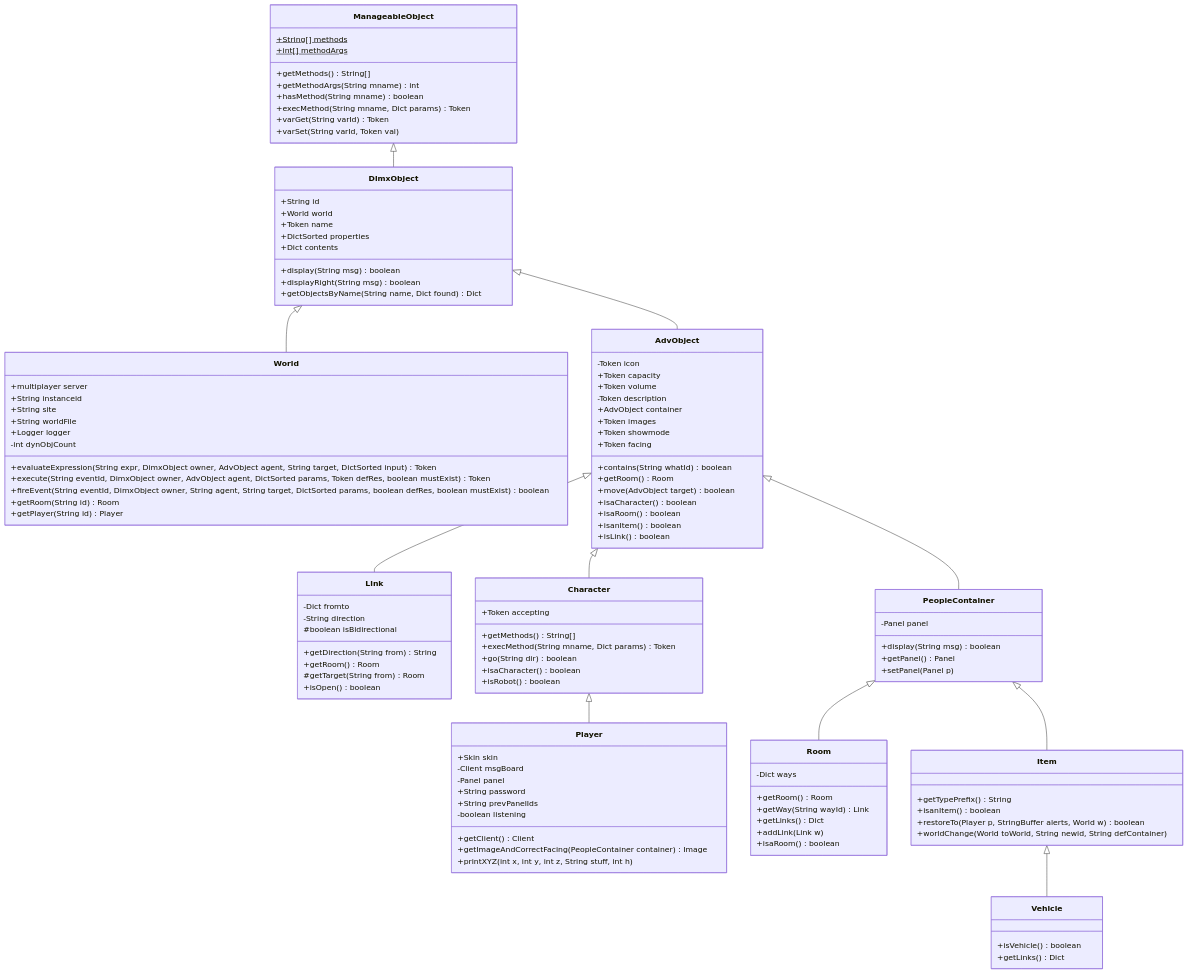
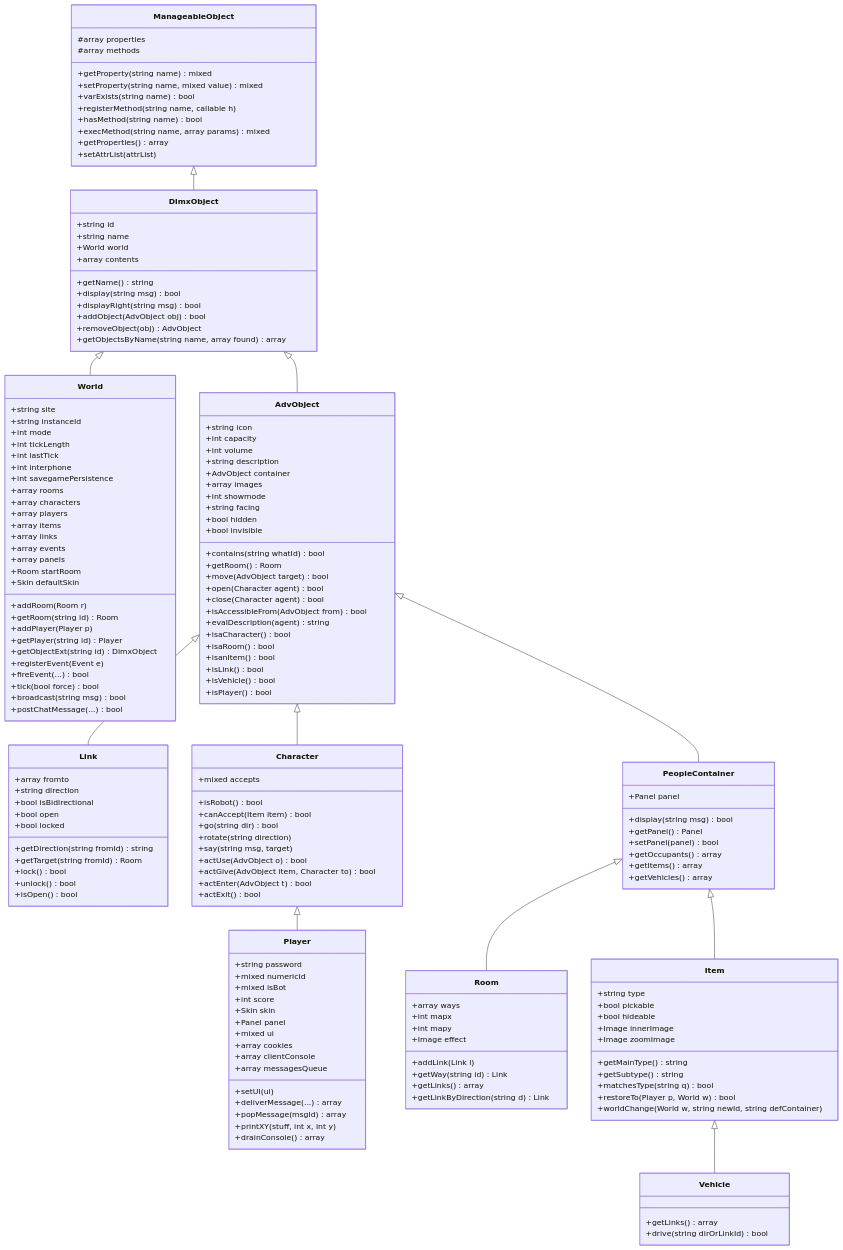
One commit to cleoni/dimya changed the fourth of 5 diagrams in docs/CLASS_HIERARCHY.md. Above: the diagram before and after it, drawn with Mermaid. The commit also changed other lines of this file and 3 other files, not shown here.

```diff
--- a/docs/CLASS_HIERARCHY.md
+++ b/docs/CLASS_HIERARCHY.md
@@ -221,116 +183,167 @@
     direction TB
 
     class ManageableObject {
-        +String[] methods$
-        +int[] methodArgs$
-        +getMethods() String[]
-        +getMethodArgs(String mname) int
-        +hasMethod(String mname) boolean
-        +execMethod(String mname, Dict params) Token
-        +varGet(String varId) Token
-        +varSet(String varId, Token val)
+        #array properties
+        #array methods
+        +getProperty(string name) mixed
+        +setProperty(string name, mixed value) mixed
+        +varExists(string name) bool
+        +registerMethod(string name, callable h)
+        +hasMethod(string name) bool
+        +execMethod(string name, array params) mixed
+        +getProperties() array
+        +setAttrList(attrList)
     }
 
     class DimxObject {
-        +String id
+        +string id
+        +string name
         +World world
-        +Token name
-        +DictSorted properties
-        +Dict contents
-        +display(String msg) boolean
-        +displayRight(String msg) boolean
-        +getObjectsByName(String name, Dict found) Dict
+        +array contents
+        +getName() string
+        +display(string msg) bool
+        +displayRight(string msg) bool
+        +addObject(AdvObject obj) bool
+        +removeObject(obj) AdvObject
+        +getObjectsByName(string name, array found) array
     }
 
     class World {
-        +multiplayer server
-        +String instanceid
-        +String site
-        +String worldFile
-        +Logger logger
-        -int dynObjCount
-        +evaluateExpression(String expr, DimxObject owner, AdvObject agent, String target, DictSorted input) Token
-        +execute(String eventId, DimxObject owner, AdvObject agent, DictSorted params, Token defRes, boolean mustExist) Token
-        +fireEvent(String eventId, DimxObject owner, String agent, String target, DictSorted params, boolean defRes, boolean mustExist) boolean
-        +getRoom(String id) Room
-        +getPlayer(String id) Player
+        +string site
+        +string instanceId
+        +int mode
+        +int tickLength
+        +int lastTick
+        +int interphone
+        +int savegamePersistence
+        +array rooms
+        +array characters
+        +array players
+        +array items
+        +array links
+        +array events
+        +array panels
+        +Room startRoom
+        +Skin defaultSkin
+        +addRoom(Room r)
+        +getRoom(string id) Room
+        +addPlayer(Player p)
+        +getPlayer(string id) Player
+        +getObjectExt(string id) DimxObject
+        +registerEvent(Event e)
+        +fireEvent(...) bool
+        +tick(bool force) bool
+        +broadcast(string msg) bool
+        +postChatMessage(...) bool
     }
 
     class AdvObject {
-        -Token icon
-        +Token capacity
-        +Token volume
-        -Token description
+        +string icon
+        +int capacity
+        +int volume
+        +string description
         +AdvObject container
-        +Token images
-        +Token showmode
-        +Token facing
-        +contains(String whatId) boolean
+        +array images
+        +int showmode
+        +string facing
+        +bool hidden
+        +bool invisible
+        +contains(string whatId) bool
         +getRoom() Room
-        +move(AdvObject target) boolean
-        +isaCharacter() boolean
-        +isaRoom() boolean
-        +isanItem() boolean
-        +isLink() boolean
+        +move(AdvObject target) bool
+        +open(Character agent) bool
+        +close(Character agent) bool
+        +isAccessibleFrom(AdvObject from) bool
+        +evalDescription(agent) string
+        +isaCharacter() bool
+        +isaRoom() bool
+        +isanItem() bool
+        +isLink() bool
+        +isVehicle() bool
+        +isPlayer() bool
     }
 
     class Link {
-        -Dict fromto
-        -String direction
-        #boolean isBidirectional
-        +getDirection(String from) String
-        +getRoom() Room
-        #getTarget(String from) Room
-        +isOpen() boolean
+        +array fromto
+        +string direction
+        +bool isBidirectional
+        +bool open
+        +bool locked
+        +getDirection(string fromId) string
+        +getTarget(string fromId) Room
+        +lock() bool
+        +unlock() bool
+        +isOpen() bool
     }
 
     class Character {
-        +Token accepting
-        +getMethods() String[]
-        +execMethod(String mname, Dict params) Token
-        +go(String dir) boolean
-        +isaCharacter() boolean
-        +isRobot() boolean
+        +mixed accepts
+        +isRobot() bool
+        +canAccept(Item item) bool
+        +go(string dir) bool
+        +rotate(string direction)
+        +say(string msg, target)
+        +actUse(AdvObject o) bool
+        +actGive(AdvObject item, Character to) bool
+        +actEnter(AdvObject t) bool
+        +actExit() bool
     }
 
     class Player {
+        +string password
+        +mixed numericId
+        +mixed isBot
+        +int score
         +Skin skin
-        -Client msgBoard
-        -Panel panel
-        +String password
-        +String prevPanelIds
-        -boolean listening
-        +getClient() Client
-        +getImageAndCorrectFacing(PeopleContainer container) Image
-        +printXYZ(int x, int y, int z, String stuff, int h)
+        +Panel panel
+        +mixed ui
+        +array cookies
+        +array clientConsole
+        +array messagesQueue
+        +setUI(ui)
+        +deliverMessage(...) array
+        +popMessage(msgId) array
+        +printXY(stuff, int x, int y)
+        +drainConsole() array
     }
 
     class PeopleContainer {
-        -Panel panel
-        +display(String msg) boolean
+        +Panel panel
+        +display(string msg) bool
         +getPanel() Panel
-        +setPanel(Panel p)
+        +setPanel(panel) bool
+        +getOccupants() array
+        +getItems() array
+        +getVehicles() array
     }
 
     class Room {
-        -Dict ways
-        +getRoom() Room
-        +getWay(String wayId) Link
-        +getLinks() Dict
-        +addLink(Link w)
-        +isaRoom() boolean
+        +array ways
+        +int mapx
+        +int mapy
+        +Image effect
+        +addLink(Link l)
+        +getWay(string id) Link
+        +getLinks() array
+        +getLinkByDirection(string d) Link
     }
 
     class Item {
-        +getTypePrefix() String
-        +isanItem() boolean
-        +restoreTo(Player p, StringBuffer alerts, World w) boolean
-        +worldChange(World toWorld, String newid, String defContainer)
+        +string type
+        +bool pickable
+        +bool hideable
+        +Image innerImage
+        +Image zoomImage
+        +getMainType() string
+        +getSubtype() string
+        +matchesType(string q) bool
+        +restoreTo(Player p, World w) bool
+        +worldChange(World w, string newId, string defContainer)
     }
 
     class Vehicle {
-        +isVehicle() boolean
-        +getLinks() Dict
+        +getLinks() array
+        +drive(string dirOrLinkId) bool
     }
 
     ManageableObject <|-- DimxObject
```
